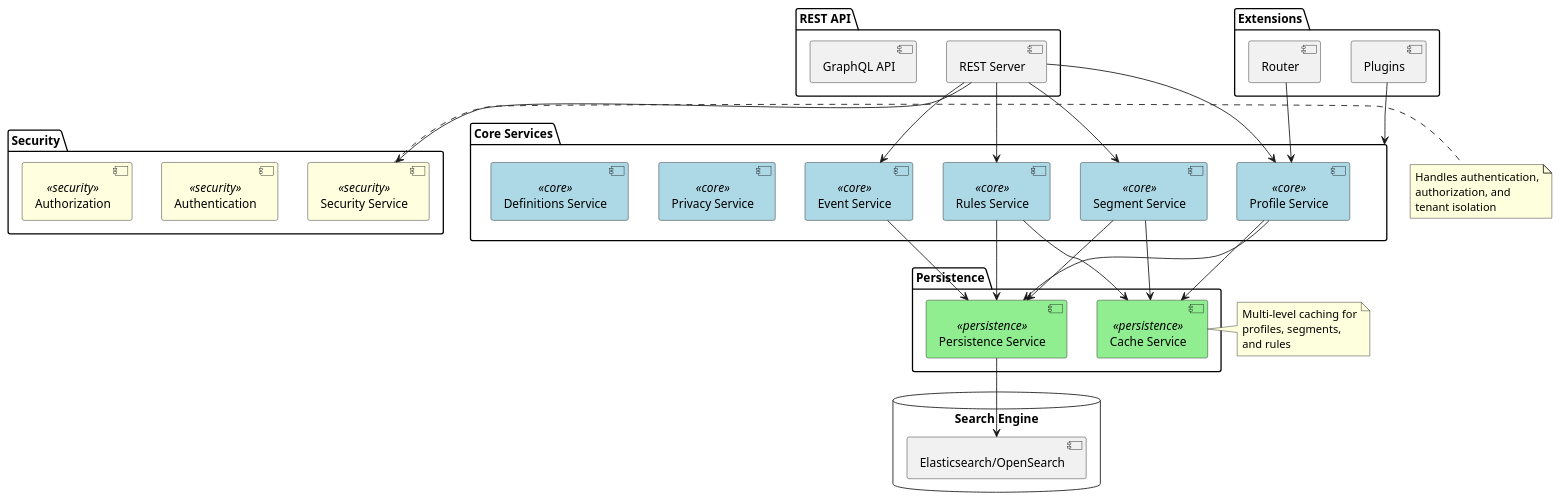
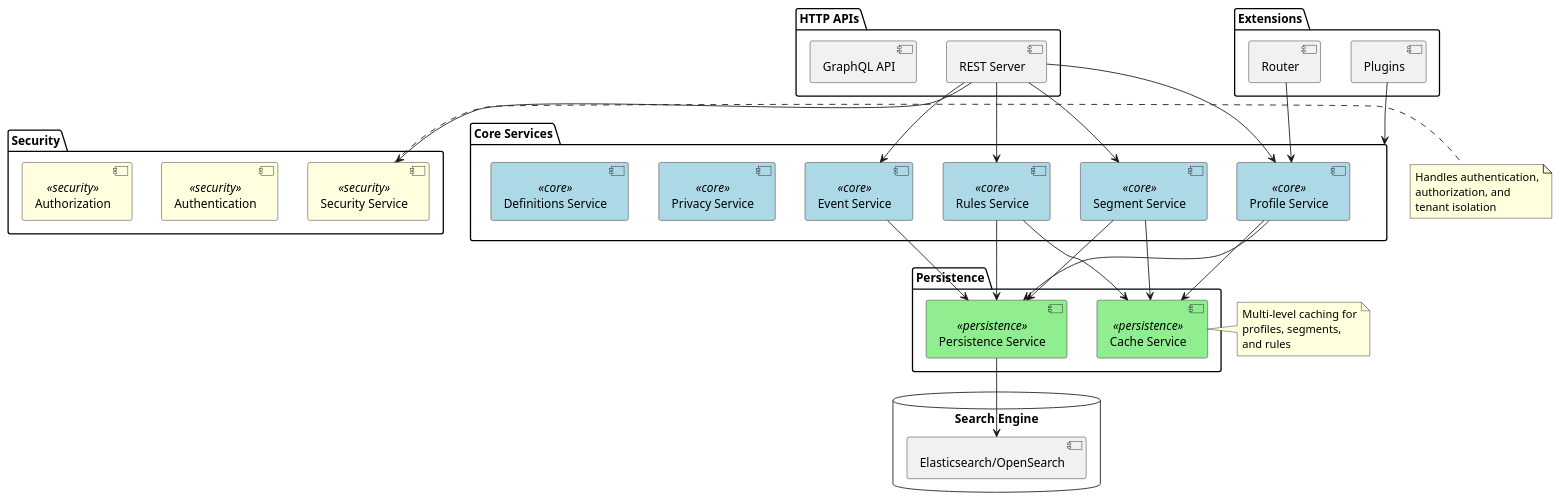
Before and after one commit to apache/unomi: the second of 4 diagrams in manual/src/main/asciidoc/architecture.adoc, drawn with PlantUML. The commit also changed other lines of this file and 5 other files, not shown here.

```diff
--- a/manual/src/main/asciidoc/architecture.adoc
+++ b/manual/src/main/asciidoc/architecture.adoc
@@ -58,77 +58,77 @@
 [plantuml]
 ----
 @startuml
 skinparam componentStyle uml2
 skinparam component {
   BackgroundColor<<core>> LightBlue
   BackgroundColor<<persistence>> LightGreen
   BackgroundColor<<security>> LightYellow
 }
 
 package "Core Services" {
   [Profile Service] <<core>>
   [Event Service] <<core>>
   [Segment Service] <<core>>
   [Rules Service] <<core>>
   [Privacy Service] <<core>>
   [Definitions Service] <<core>>
 }
 
 package "Security" {
   [Security Service] <<security>>
   [Authentication] <<security>>
   [Authorization] <<security>>
 }
 
 package "Persistence" {
   [Persistence Service] <<persistence>>
   [Cache Service] <<persistence>>
 }
 
-package "REST API" {
+package "HTTP APIs" {
   [REST Server]
   [GraphQL API]
 }
 
 package "Extensions" {
   [Router]
   [Plugins]
 }
 
 database "Search Engine" {
   [Elasticsearch/OpenSearch]
 }
 
 [Profile Service] --> [Persistence Service]
 [Event Service] --> [Persistence Service]
 [Segment Service] --> [Persistence Service]
 [Rules Service] --> [Persistence Service]
 
 [Profile Service] --> [Cache Service]
 [Segment Service] --> [Cache Service]
 [Rules Service] --> [Cache Service]
 
 [REST Server] --> [Security Service]
 [REST Server] --> [Profile Service]
 [REST Server] --> [Event Service]
 [REST Server] --> [Segment Service]
 [REST Server] --> [Rules Service]
 
 [Persistence Service] --> [Elasticsearch/OpenSearch]
 
 [Router] --> [Profile Service]
 [Plugins] --> [Core Services]
 
 note right of [Security Service]
   Handles authentication,
   authorization, and
   tenant isolation
 end note
 
 note right of [Cache Service]
   Multi-level caching for
   profiles, segments,
   and rules
 end note
 @enduml
 ----
```
